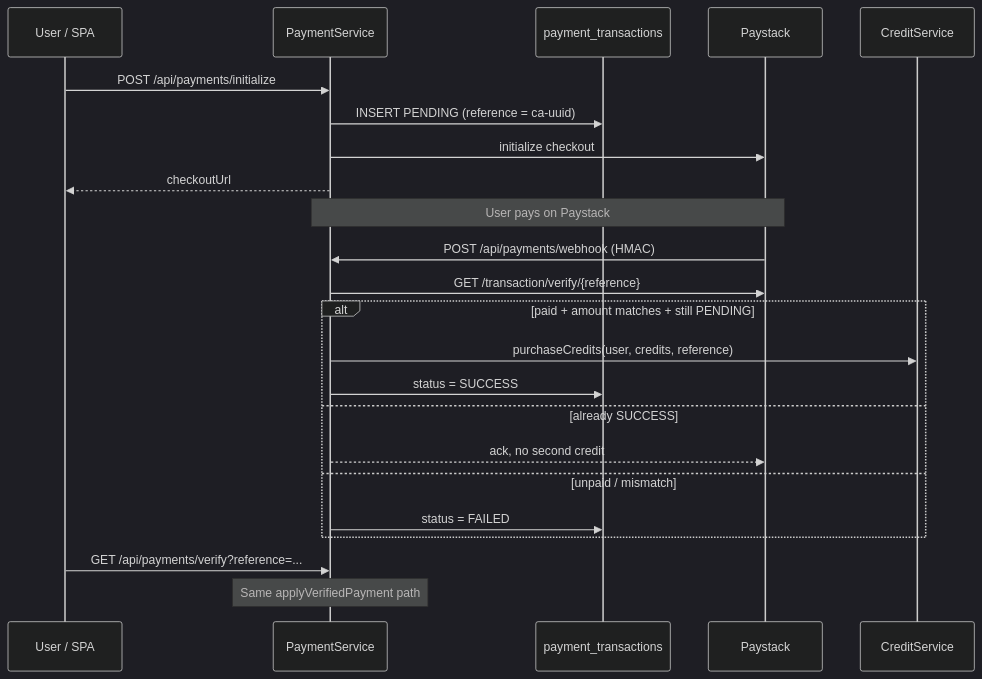
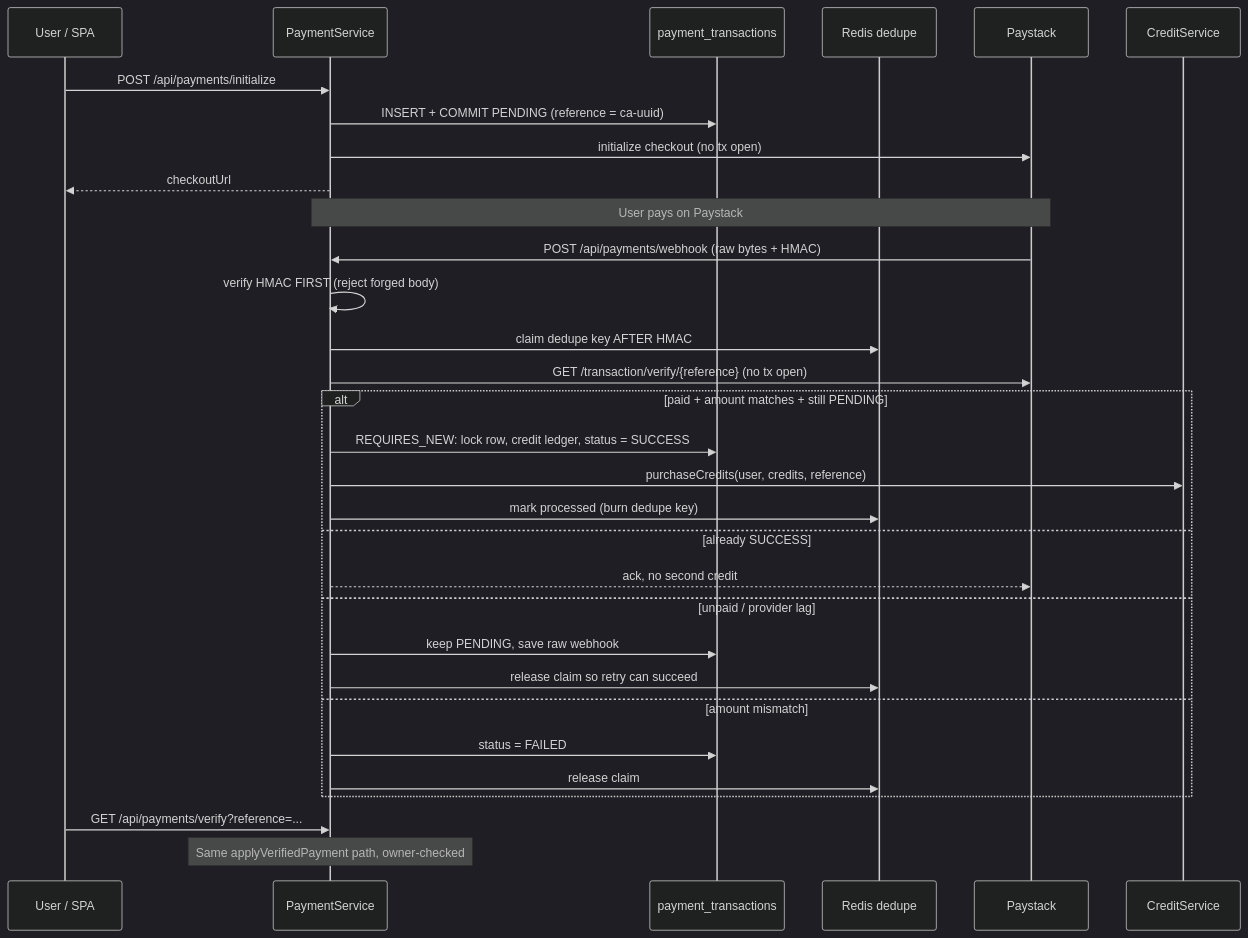
Before and after one commit to emmanuel-40/content-analytics: the fifth of 9 diagrams in README.md, drawn with Mermaid (dark theme). The commit also changed other lines of this file and 113 other files, not shown here.

First line of the commit message:
fix: harden backend flows and clean compiler warnings

````diff
--- a/README.md
+++ b/README.md
@@ -238,29 +243,37 @@
 ```mermaid
 sequenceDiagram
   participant U as User / SPA
   participant API as PaymentService
   participant DB as payment_transactions
+  participant RD as Redis dedupe
   participant PS as Paystack
   participant CR as CreditService
 
   U->>API: POST /api/payments/initialize
-  API->>DB: INSERT PENDING (reference = ca-uuid)
-  API->>PS: initialize checkout
+  API->>DB: INSERT + COMMIT PENDING (reference = ca-uuid)
+  API->>PS: initialize checkout (no tx open)
   API-->>U: checkoutUrl
 
   Note over PS,API: User pays on Paystack
 
-  PS->>API: POST /api/payments/webhook (HMAC)
-  API->>PS: GET /transaction/verify/{reference}
+  PS->>API: POST /api/payments/webhook (raw bytes + HMAC)
+  API->>API: verify HMAC FIRST (reject forged body)
+  API->>RD: claim dedupe key AFTER HMAC
+  API->>PS: GET /transaction/verify/{reference} (no tx open)
   alt paid + amount matches + still PENDING
+    API->>DB: REQUIRES_NEW: lock row, credit ledger, status = SUCCESS
     API->>CR: purchaseCredits(user, credits, reference)
-    API->>DB: status = SUCCESS
+    API->>RD: mark processed (burn dedupe key)
   else already SUCCESS
     API-->>PS: ack, no second credit
-  else unpaid / mismatch
+  else unpaid / provider lag
+    API->>DB: keep PENDING, save raw webhook
+    API->>RD: release claim so retry can succeed
+  else amount mismatch
     API->>DB: status = FAILED
+    API->>RD: release claim
   end
 
   U->>API: GET /api/payments/verify?reference=...
-  Note over API: Same applyVerifiedPayment path
+  Note over API: Same applyVerifiedPayment path, owner-checked
 ```
````
